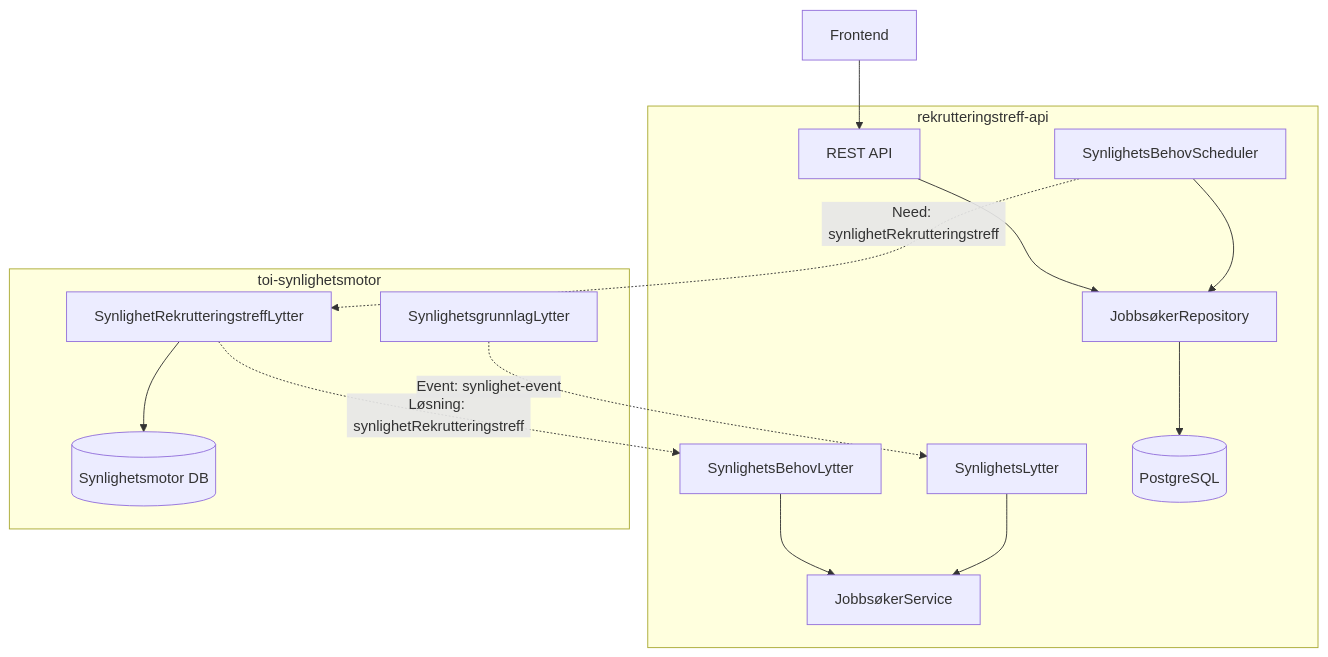
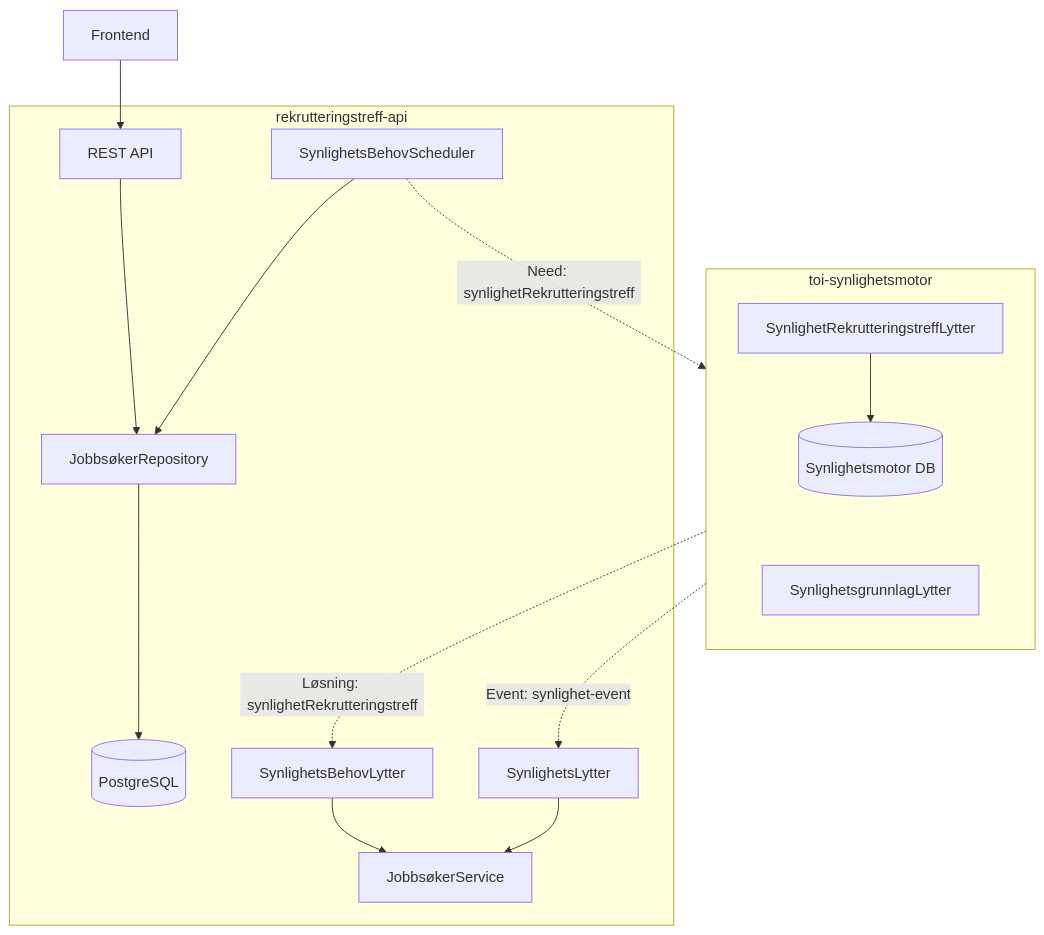
Before and after one commit to navikt/rekrutteringstreff-backend: the first of 4 diagrams in docs/3-sikkerhet/synlighet.md, drawn with Mermaid.

Commit message:
Komprimer synlighetsdiagrammet

````diff
--- a/docs/3-sikkerhet/synlighet.md
+++ b/docs/3-sikkerhet/synlighet.md
@@ -11,32 +11,34 @@
 ```mermaid
 flowchart TB
     subgraph rekrutteringstreff-api
         API[REST API]
         JR[JobbsøkerRepository]
         JS[JobbsøkerService]
         SL[SynlighetsLytter]
         SBL[SynlighetsBehovLytter]
         SBS[SynlighetsBehovScheduler]
         DB[(PostgreSQL)]
     end
 
     subgraph toi-synlighetsmotor
+        direction TB
         SRL[SynlighetRekrutteringstreffLytter]
+        SMDB[(Synlighetsmotor DB)]
         SGL[SynlighetsgrunnlagLytter]
-        SMDB[(Synlighetsmotor DB)]
     end
 
     %% Interne koblinger
     Frontend --> API
     API --> JR
     JR --> DB
     SBS --> JR
     SBL --> JS
     SL --> JS
     SRL --> SMDB
+    SMDB ~~~ SGL
 
     %% Kafka-flyt (Rapids & Rivers)
     SBS -.->|Need: synlighetRekrutteringstreff| SRL
     SRL -.->|Løsning: synlighetRekrutteringstreff| SBL
     SGL -.->|Event: synlighet-event| SL
 ```
````
